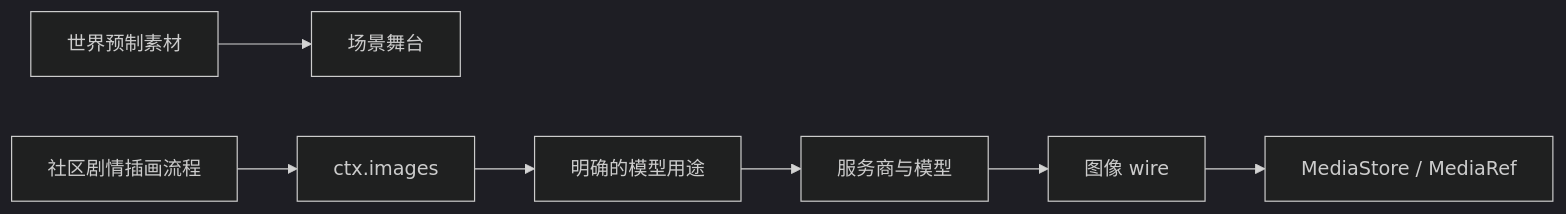
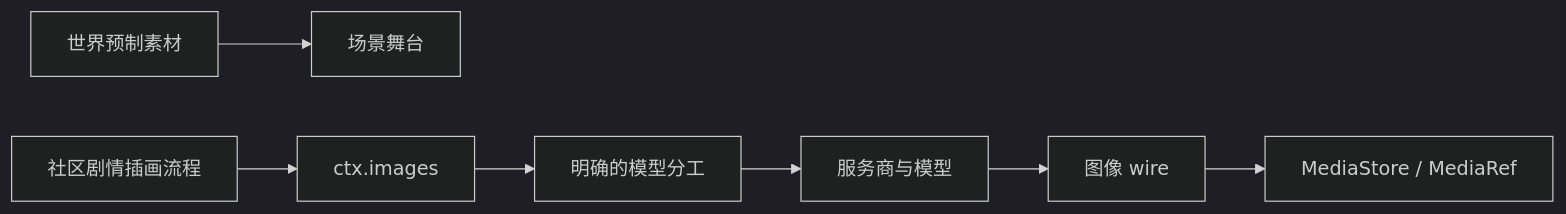
Before and after one commit to ackness/covel: the diagram in docs/reference/image-generation.md, drawn with Mermaid (dark theme). The commit also changed other lines of this file and 161 other files, not shown here.

````diff
--- a/docs/reference/image-generation.md
+++ b/docs/reference/image-generation.md
@@ -22,9 +22,9 @@
 ```mermaid
 flowchart LR
   W[世界预制素材] --> S[场景舞台]
   C[社区剧情插画流程] --> I[ctx.images]
-  I --> R[明确的模型用途]
+  I --> R[明确的模型分工]
   R --> M[服务商与模型]
   M --> T[图像 wire]
   T --> A[MediaStore / MediaRef]
 ```
````
